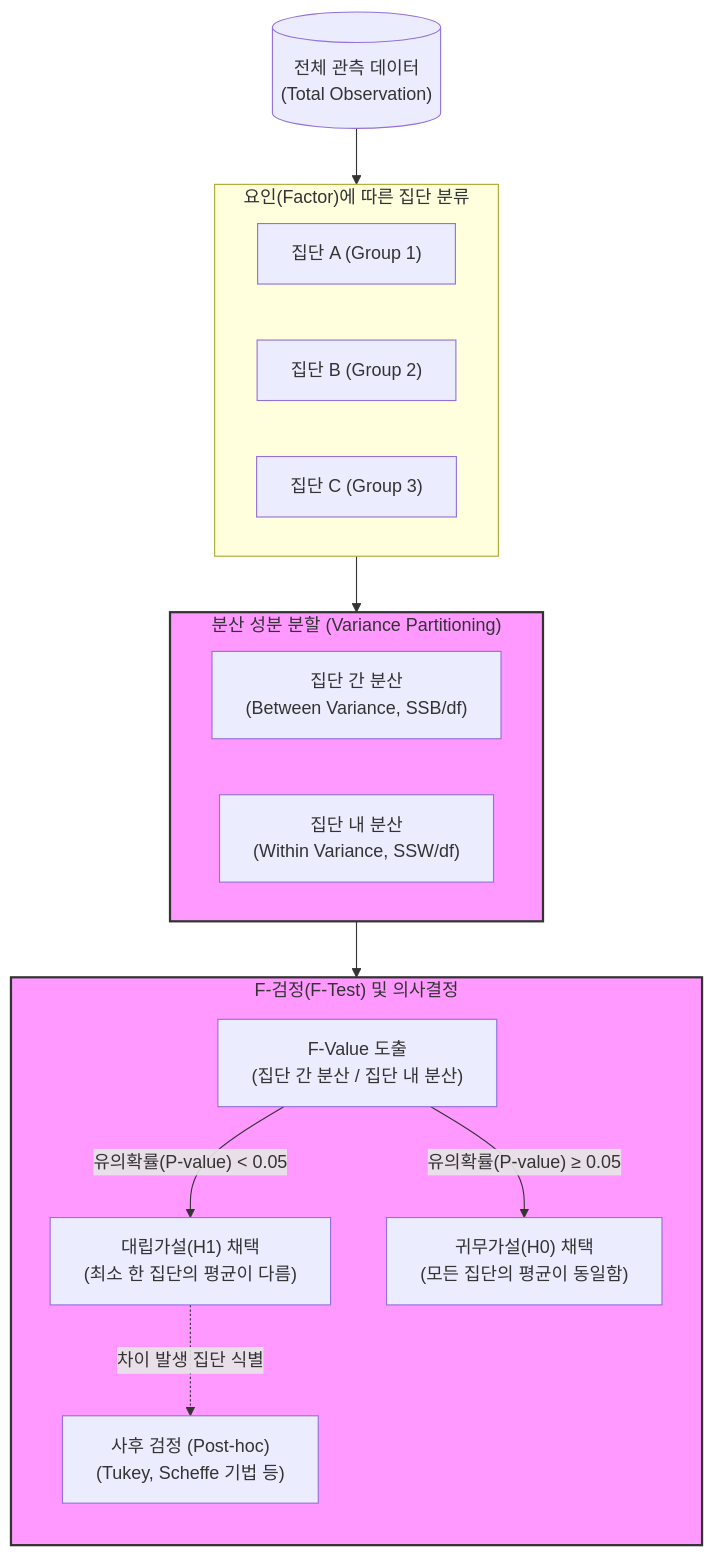
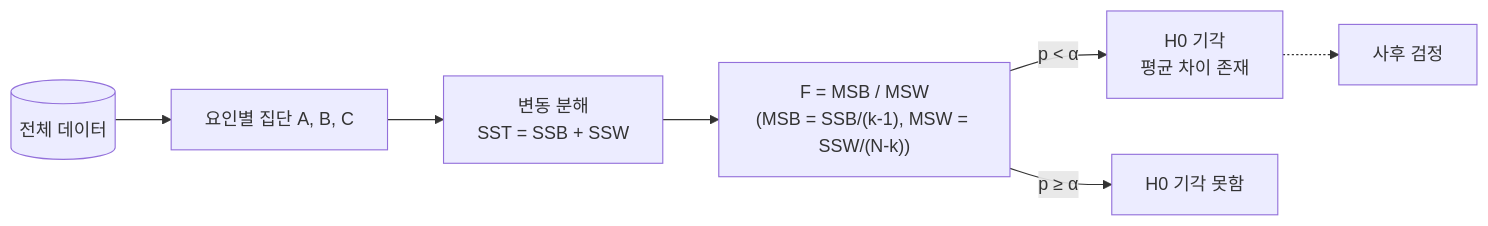
One commit to supremethumb/supremethumb.github.io changed the diagram in content/01_IT Tech/ANOVA(Analysis of variance).md. Above: the diagram before and after it, drawn with Mermaid. The commit also changed other lines of this file and 1087 other files, not shown here.

````diff
--- a/content/01_IT Tech/ANOVA(Analysis of variance).md
+++ b/content/01_IT Tech/ANOVA(Analysis of variance).md
@@ -27,39 +35,9 @@
 ```mermaid
-flowchart TB
-    Data[("전체 관측 데이터<br/>(Total Observation)")]
-    
-    subgraph Grouping["요인(Factor)에 따른 집단 분류"]
-        direction LR
-        GA["집단 A (Group 1)"]
-        GB["집단 B (Group 2)"]
-        GC["집단 C (Group 3)"]
-    end
-    
-    Data --> Grouping
-    
-    subgraph Variance_Calc["분산 성분 분할 (Variance Partitioning)"]
-        direction LR
-        SSB["집단 간 분산<br/>(Between Variance, SSB/df)"]
-        SSW["집단 내 분산<br/>(Within Variance, SSW/df)"]
-    end
-    
-    Grouping --> Variance_Calc
-    
-    subgraph F_Test["F-검정(F-Test) 및 의사결정"]
-        direction TB
-        F_Val["F-Value 도출<br/>(집단 간 분산 / 집단 내 분산)"]
-        Reject["대립가설(H1) 채택<br/>(최소 한 집단의 평균이 다름)"]
-        Accept["귀무가설(H0) 채택<br/>(모든 집단의 평균이 동일함)"]
-        PostHoc["사후 검정 (Post-hoc)<br/>(Tukey, Scheffe 기법 등)"]
-        
-        F_Val -- "유의확률(P-value) < 0.05" --> Reject
-        F_Val -- "유의확률(P-value) ≥ 0.05" --> Accept
-        Reject -. "차이 발생 집단 식별" .-> PostHoc
-    end
-    
-    Variance_Calc --> F_Test
-    
-    classDef highlight fill:#f9f,stroke:#333,stroke-width:2px;
-    class Variance_Calc,F_Test highlight;
-
+flowchart LR
+    D[("전체 데이터")] --> G["요인별 집단 A, B, C"]
+    G --> SS["변동 분해<br/>SST = SSB + SSW"]
+    SS --> F["F = MSB / MSW<br/>(MSB = SSB/(k-1), MSW = SSW/(N-k))"]
+    F -- "p < α" --> R["H0 기각<br/>평균 차이 존재"]
+    F -- "p ≥ α" --> A["H0 기각 못함"]
+    R -.-> PH["사후 검정"]
 ```
````
